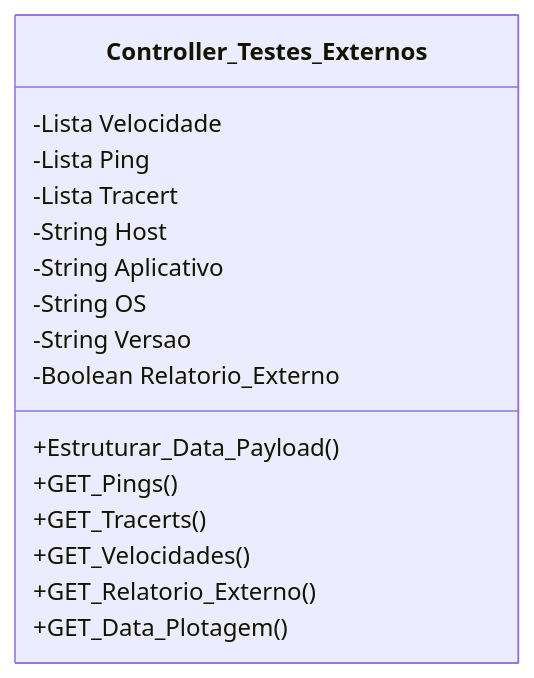
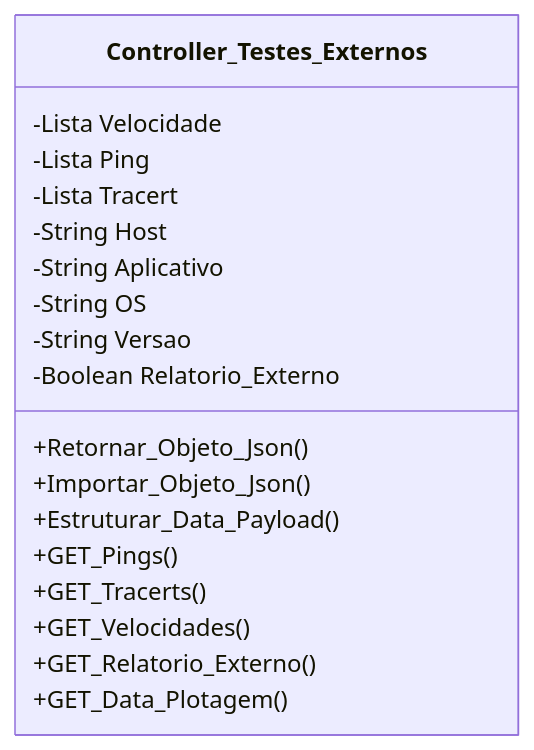
Before and after one commit to ETECC-Telecom/ValtObsidian-Script-Moto: the diagram in DOCUMENTOS/Classe - Teste Externo.md, drawn with Mermaid. The commit also changed 8 other files, not shown here.

````diff
--- a/DOCUMENTOS/Classe - Teste Externo.md
+++ b/DOCUMENTOS/Classe - Teste Externo.md
@@ -124,20 +124,23 @@
 ```mermaid
 classDiagram
     class Controller_Testes_Externos{
 		-Lista Velocidade
 		-Lista Ping
 		-Lista Tracert
 		-String Host
 		-String Aplicativo
 		-String OS
 		-String Versao
 		-Boolean Relatorio_Externo
-      
+	    
+	    +Retornar_Objeto_Json()
+		+Importar_Objeto_Json()
+		
 		+Estruturar_Data_Payload()
 		+GET_Pings()
 		+GET_Tracerts()
 		+GET_Velocidades()
 		+GET_Relatorio_Externo()
 		+GET_Data_Plotagem()
     }
 ```
````
